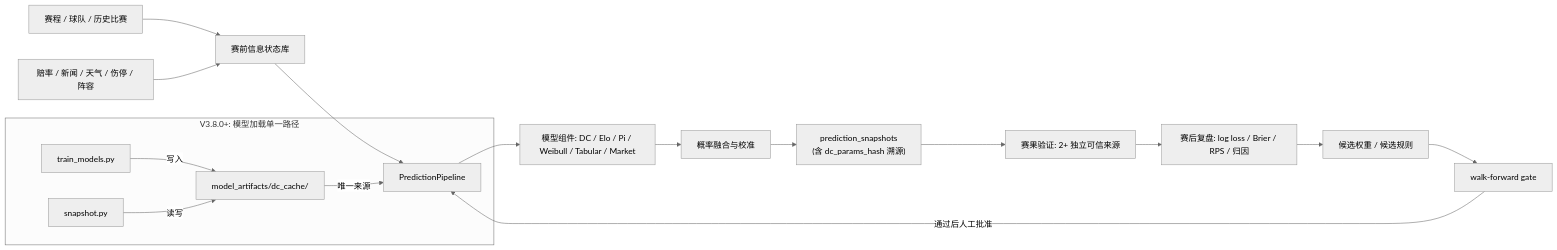
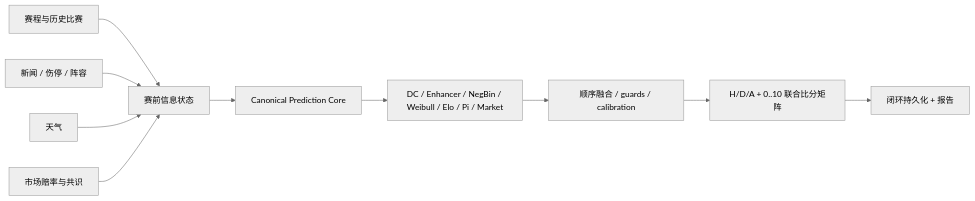
The first of 2 diagrams in README.md (AndyDu0921/wc26-predict), drawn with Mermaid (neutral theme) before and after one commit. The commit also changed other lines of this file and 170 other files, not shown here.

Commit message:
V4.12.0-alpha: harden canonical prediction and evaluation

````diff
--- a/README.md
+++ b/README.md
@@ -60,20 +58,12 @@
 ```mermaid
 flowchart LR
-  A["赛程 / 球队 / 历史比赛"] --> B["赛前信息状态库"]
-  C["赔率 / 新闻 / 天气 / 伤停 / 阵容"] --> B
-  B --> D["PredictionPipeline"]
-  D --> E["模型组件: DC / Elo / Pi / Weibull / Tabular / Market"]
-  E --> F["概率融合与校准"]
-  F --> G["prediction_snapshots<br/>(含 dc_params_hash 溯源)"]
-  G --> H["赛果验证: 2+ 独立可信来源"]
-  H --> I["赛后复盘: log loss / Brier / RPS / 归因"]
-  I --> J["候选权重 / 候选规则"]
-  J --> K["walk-forward gate"]
-  K -->|通过后人工批准| D
-
-  subgraph "V3.8.0+: 模型加载单一路径"
-    L["model_artifacts/dc_cache/"] -->|"唯一来源"| D
-    M["train_models.py"] -->|"写入"| L
-    N["snapshot.py"] -->|"读写"| L
-  end
+  A["赛程与历史比赛"] --> I["赛前信息状态"]
+  B["新闻 / 伤停 / 阵容"] --> I
+  C["天气"] --> I
+  D["市场赔率与共识"] --> I
+  I --> K["Canonical Prediction Core"]
+  K --> M["DC / Enhancer / NegBin / Weibull / Elo / Pi / Market"]
+  M --> F["顺序融合 / guards / calibration"]
+  F --> S["H/D/A + 0..10 联合比分矩阵"]
+  S --> P["闭环持久化 + 报告"]
 ```
````
